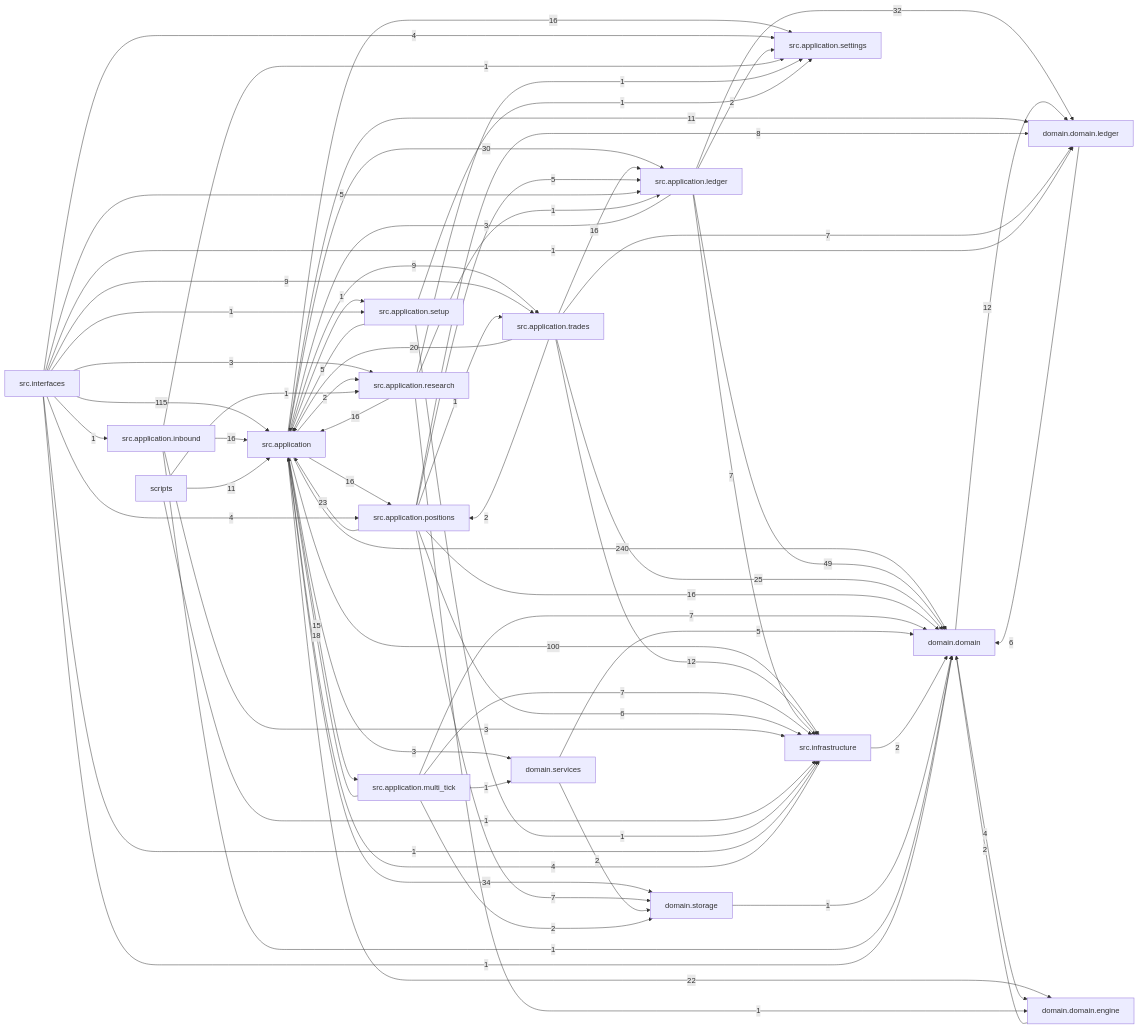
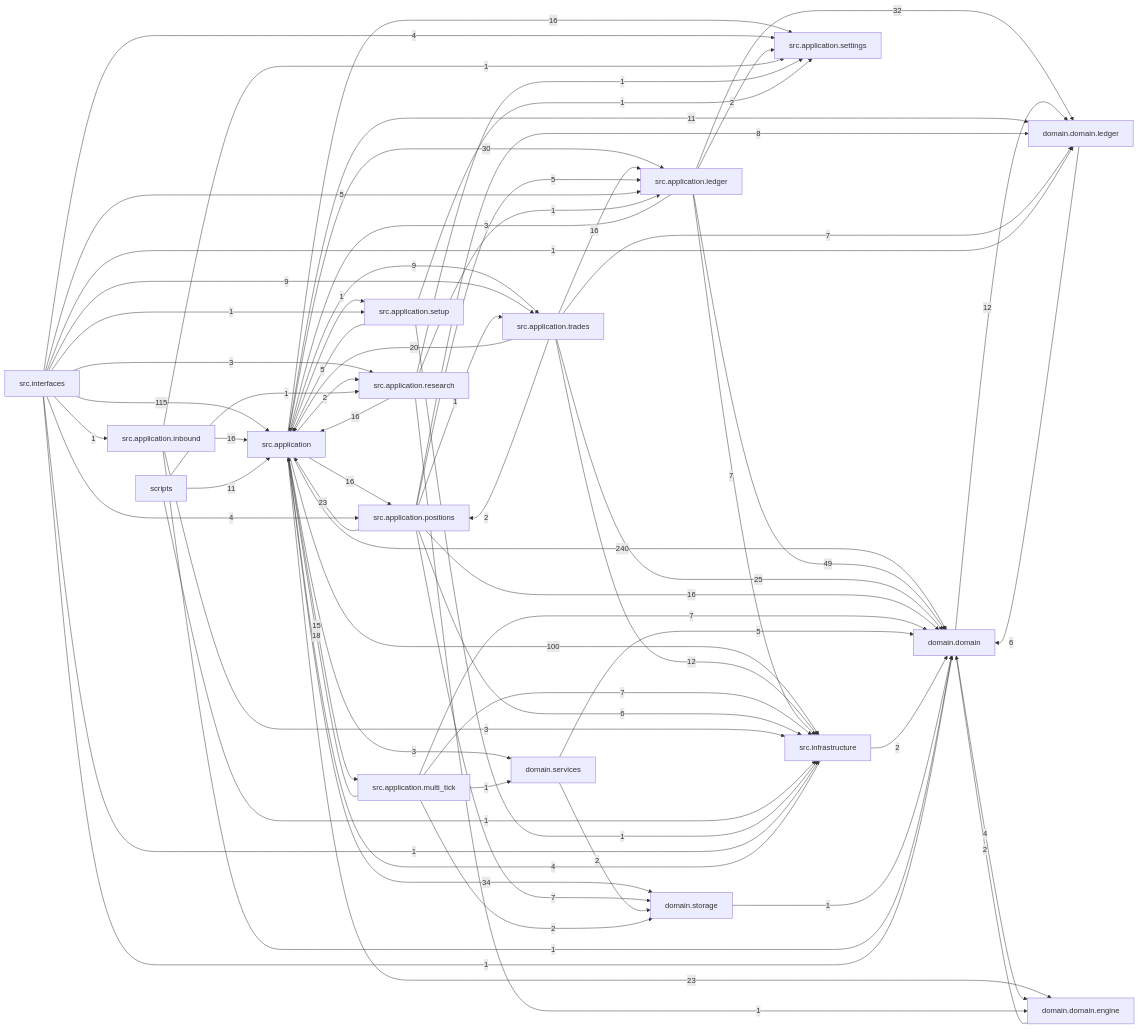
Before and after one commit to liuxie066/options-monitor: the diagram in docs/dependency_graph.mmd, drawn with Mermaid. The commit also changed 9 other files, not shown here.

```diff
--- a/docs/dependency_graph.mmd
+++ b/docs/dependency_graph.mmd
@@ -1,71 +1,71 @@
 flowchart LR
   src_application["src.application"] -->|240| domain_domain["domain.domain"]
   src_interfaces["src.interfaces"] -->|115| src_application["src.application"]
   src_application["src.application"] -->|100| src_infrastructure["src.infrastructure"]
   src_application_ledger["src.application.ledger"] -->|49| domain_domain["domain.domain"]
   src_application["src.application"] -->|34| domain_storage["domain.storage"]
   src_application_ledger["src.application.ledger"] -->|32| domain_domain_ledger["domain.domain.ledger"]
   src_application["src.application"] -->|30| src_application_ledger["src.application.ledger"]
   src_application_trades["src.application.trades"] -->|25| domain_domain["domain.domain"]
+  src_application["src.application"] -->|23| domain_domain_engine["domain.domain.engine"]
   src_application_positions["src.application.positions"] -->|23| src_application["src.application"]
-  src_application["src.application"] -->|22| domain_domain_engine["domain.domain.engine"]
   src_application_trades["src.application.trades"] -->|20| src_application["src.application"]
   src_application_multi_tick["src.application.multi_tick"] -->|18| src_application["src.application"]
   src_application["src.application"] -->|16| src_application_positions["src.application.positions"]
   src_application["src.application"] -->|16| src_application_settings["src.application.settings"]
   src_application_inbound["src.application.inbound"] -->|16| src_application["src.application"]
   src_application_positions["src.application.positions"] -->|16| domain_domain["domain.domain"]
   src_application_research["src.application.research"] -->|16| src_application["src.application"]
   src_application_trades["src.application.trades"] -->|16| src_application_ledger["src.application.ledger"]
   src_application["src.application"] -->|15| src_application_multi_tick["src.application.multi_tick"]
   domain_domain["domain.domain"] -->|12| domain_domain_ledger["domain.domain.ledger"]
   src_application_trades["src.application.trades"] -->|12| src_infrastructure["src.infrastructure"]
   scripts["scripts"] -->|11| src_application["src.application"]
   src_application["src.application"] -->|11| domain_domain_ledger["domain.domain.ledger"]
   src_application["src.application"] -->|9| src_application_trades["src.application.trades"]
   src_interfaces["src.interfaces"] -->|9| src_application_trades["src.application.trades"]
   src_application_positions["src.application.positions"] -->|8| domain_domain_ledger["domain.domain.ledger"]
   src_application_ledger["src.application.ledger"] -->|7| src_infrastructure["src.infrastructure"]
   src_application_multi_tick["src.application.multi_tick"] -->|7| domain_domain["domain.domain"]
   src_application_multi_tick["src.application.multi_tick"] -->|7| src_infrastructure["src.infrastructure"]
   src_application_positions["src.application.positions"] -->|7| domain_storage["domain.storage"]
   src_application_trades["src.application.trades"] -->|7| domain_domain_ledger["domain.domain.ledger"]
   domain_domain_ledger["domain.domain.ledger"] -->|6| domain_domain["domain.domain"]
   src_application_positions["src.application.positions"] -->|6| src_infrastructure["src.infrastructure"]
   domain_services["domain.services"] -->|5| domain_domain["domain.domain"]
   src_application_positions["src.application.positions"] -->|5| src_application_ledger["src.application.ledger"]
   src_application_setup["src.application.setup"] -->|5| src_application["src.application"]
   src_interfaces["src.interfaces"] -->|5| src_application_ledger["src.application.ledger"]
   domain_domain["domain.domain"] -->|4| domain_domain_engine["domain.domain.engine"]
   src_infrastructure["src.infrastructure"] -->|4| src_application["src.application"]
   src_interfaces["src.interfaces"] -->|4| src_application_positions["src.application.positions"]
   src_interfaces["src.interfaces"] -->|4| src_application_settings["src.application.settings"]
   src_application["src.application"] -->|3| domain_services["domain.services"]
   src_application_inbound["src.application.inbound"] -->|3| src_infrastructure["src.infrastructure"]
   src_application_ledger["src.application.ledger"] -->|3| src_application["src.application"]
   src_interfaces["src.interfaces"] -->|3| src_application_research["src.application.research"]
   domain_domain_engine["domain.domain.engine"] -->|2| domain_domain["domain.domain"]
   domain_services["domain.services"] -->|2| domain_storage["domain.storage"]
   src_application["src.application"] -->|2| src_application_research["src.application.research"]
   src_application_ledger["src.application.ledger"] -->|2| src_application_settings["src.application.settings"]
   src_application_multi_tick["src.application.multi_tick"] -->|2| domain_storage["domain.storage"]
   src_application_trades["src.application.trades"] -->|2| src_application_positions["src.application.positions"]
   src_infrastructure["src.infrastructure"] -->|2| domain_domain["domain.domain"]
   domain_storage["domain.storage"] -->|1| domain_domain["domain.domain"]
   scripts["scripts"] -->|1| src_application_research["src.application.research"]
   scripts["scripts"] -->|1| src_infrastructure["src.infrastructure"]
   src_application["src.application"] -->|1| src_application_setup["src.application.setup"]
   src_application_inbound["src.application.inbound"] -->|1| domain_domain["domain.domain"]
   src_application_inbound["src.application.inbound"] -->|1| src_application_settings["src.application.settings"]
   src_application_multi_tick["src.application.multi_tick"] -->|1| domain_services["domain.services"]
   src_application_positions["src.application.positions"] -->|1| src_application_trades["src.application.trades"]
   src_application_research["src.application.research"] -->|1| domain_domain_engine["domain.domain.engine"]
   src_application_research["src.application.research"] -->|1| src_application_ledger["src.application.ledger"]
   src_application_research["src.application.research"] -->|1| src_application_settings["src.application.settings"]
   src_application_setup["src.application.setup"] -->|1| src_application_settings["src.application.settings"]
   src_application_setup["src.application.setup"] -->|1| src_infrastructure["src.infrastructure"]
   src_interfaces["src.interfaces"] -->|1| domain_domain["domain.domain"]
   src_interfaces["src.interfaces"] -->|1| domain_domain_ledger["domain.domain.ledger"]
   src_interfaces["src.interfaces"] -->|1| src_application_inbound["src.application.inbound"]
   src_interfaces["src.interfaces"] -->|1| src_application_setup["src.application.setup"]
   src_interfaces["src.interfaces"] -->|1| src_infrastructure["src.infrastructure"]
```
